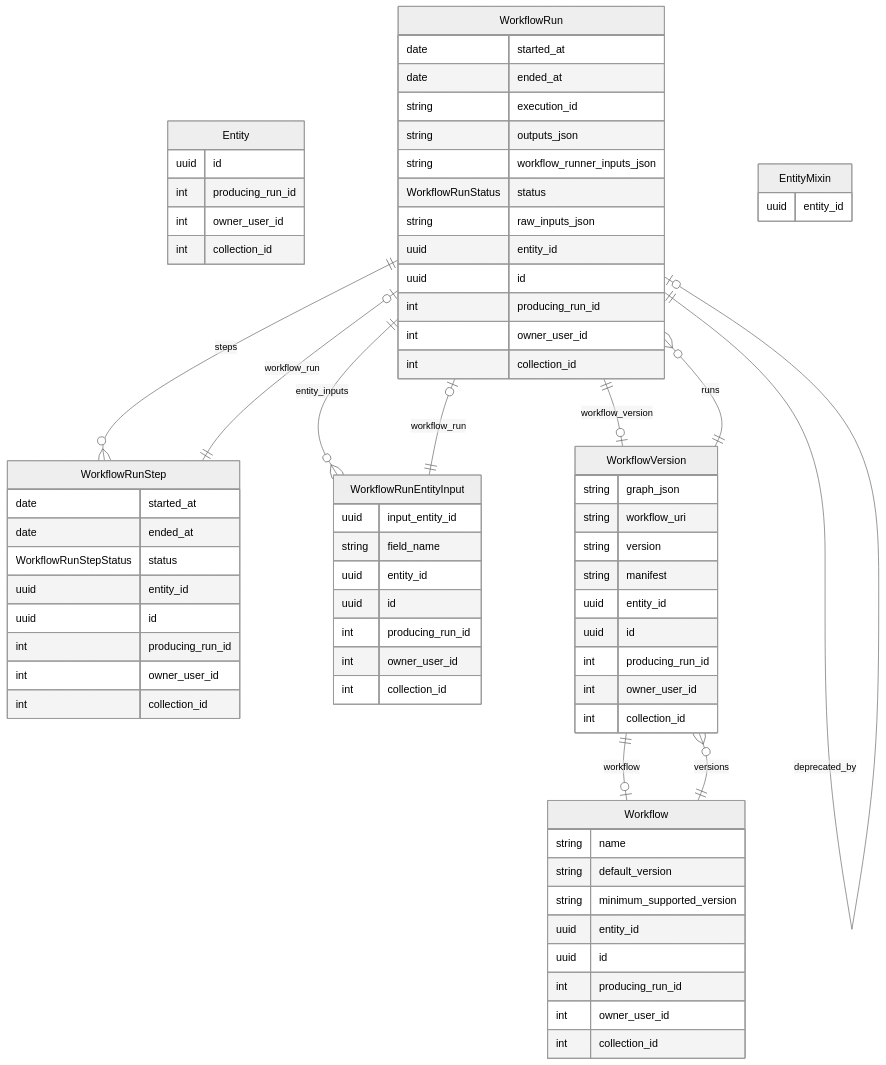
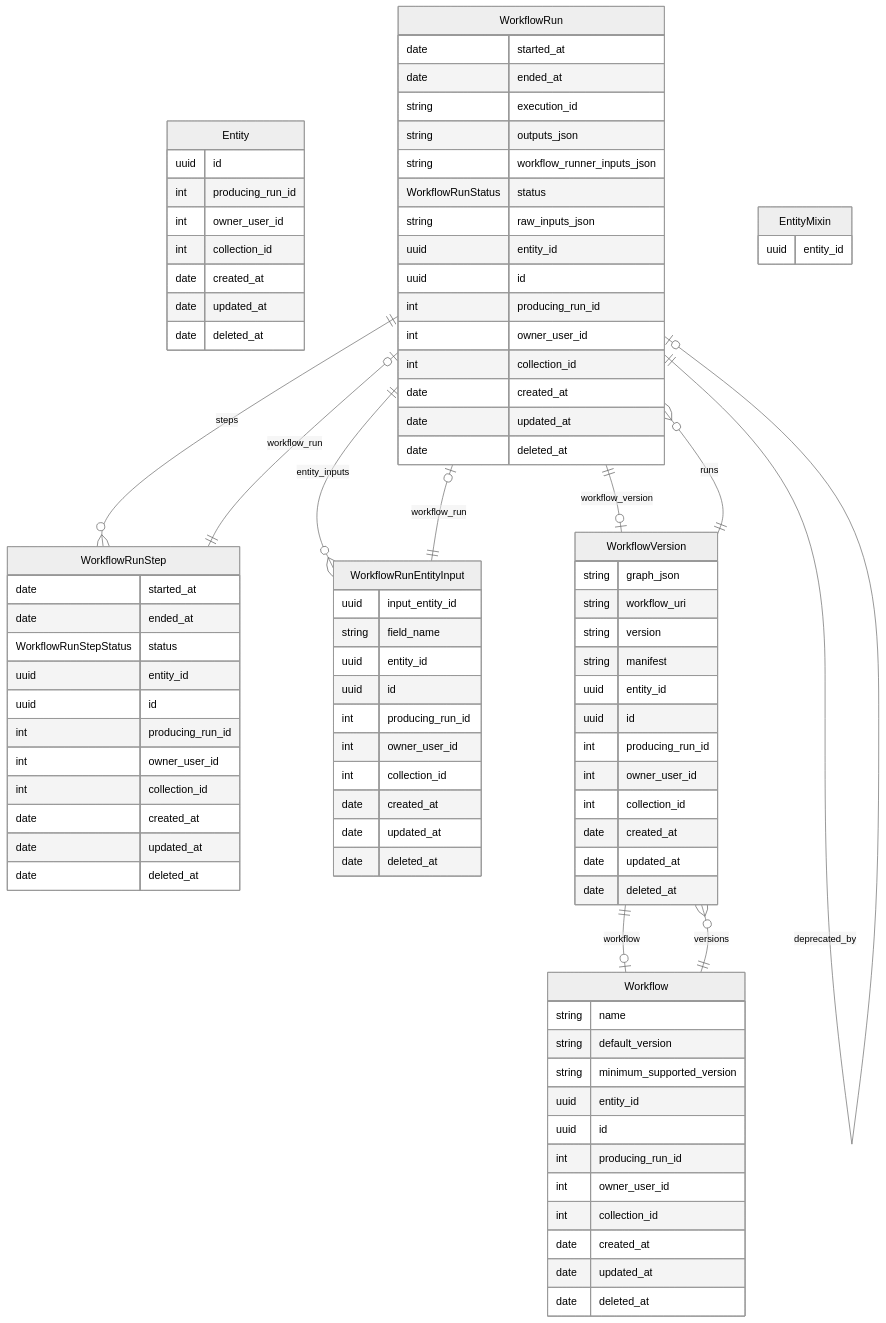
One commit to chanzuckerberg/czid-platformics changed the diagram in workflows/schema/README.md. Above: the diagram before and after it, drawn with Mermaid (neutral theme). The commit also changed 11 other files, not shown here.

```diff
--- a/workflows/schema/README.md
+++ b/workflows/schema/README.md
@@ -5,6 +5,9 @@
     int producing_run_id  
     int owner_user_id  
     int collection_id  
+    date created_at  
+    date updated_at  
+    date deleted_at  
 }
 WorkflowRun {
     date started_at  
@@ -19,6 +22,9 @@
     int producing_run_id  
     int owner_user_id  
     int collection_id  
+    date created_at  
+    date updated_at  
+    date deleted_at  
 }
 Workflow {
     string name  
@@ -29,6 +35,9 @@
     int producing_run_id  
     int owner_user_id  
     int collection_id  
+    date created_at  
+    date updated_at  
+    date deleted_at  
 }
 WorkflowRunStep {
     date started_at  
@@ -39,6 +48,9 @@
     int producing_run_id  
     int owner_user_id  
     int collection_id  
+    date created_at  
+    date updated_at  
+    date deleted_at  
 }
 WorkflowRunEntityInput {
     uuid input_entity_id  
@@ -48,6 +60,9 @@
     int producing_run_id  
     int owner_user_id  
     int collection_id  
+    date created_at  
+    date updated_at  
+    date deleted_at  
 }
 WorkflowVersion {
     string graph_json  
@@ -59,6 +74,9 @@
     int producing_run_id  
     int owner_user_id  
     int collection_id  
+    date created_at  
+    date updated_at  
+    date deleted_at  
 }
 EntityMixin {
     uuid entity_id  
```
